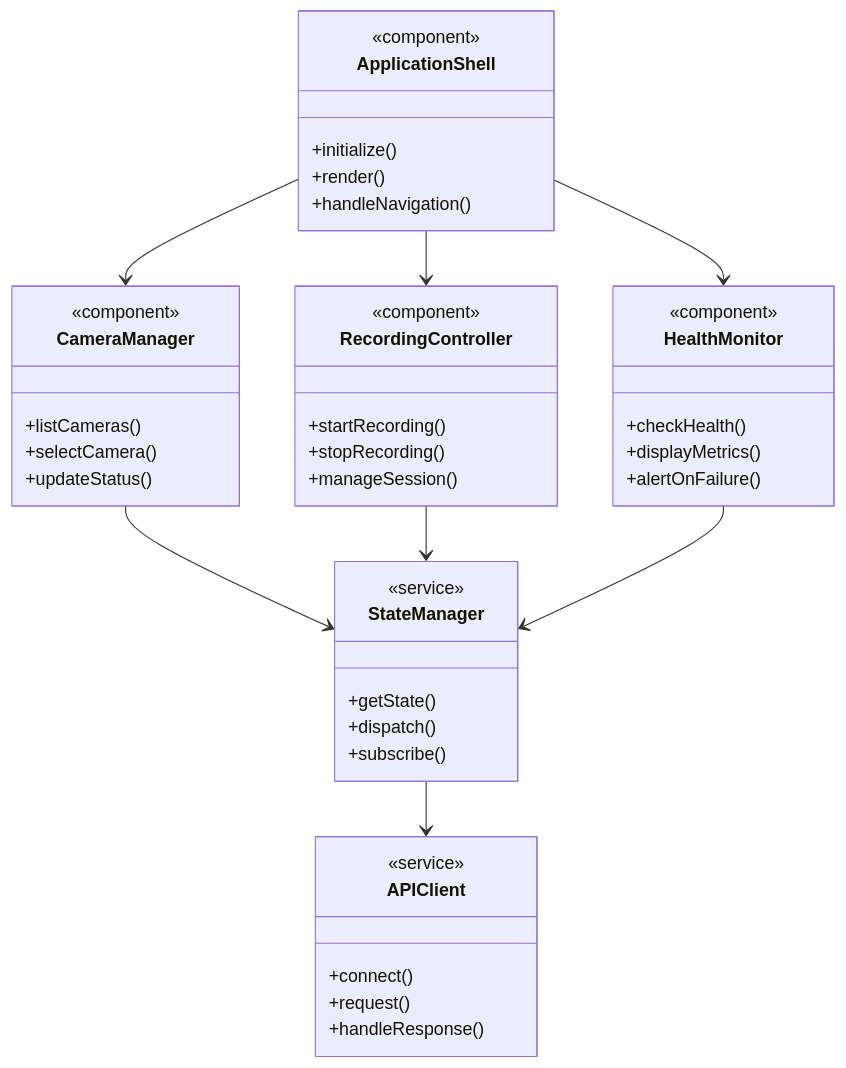
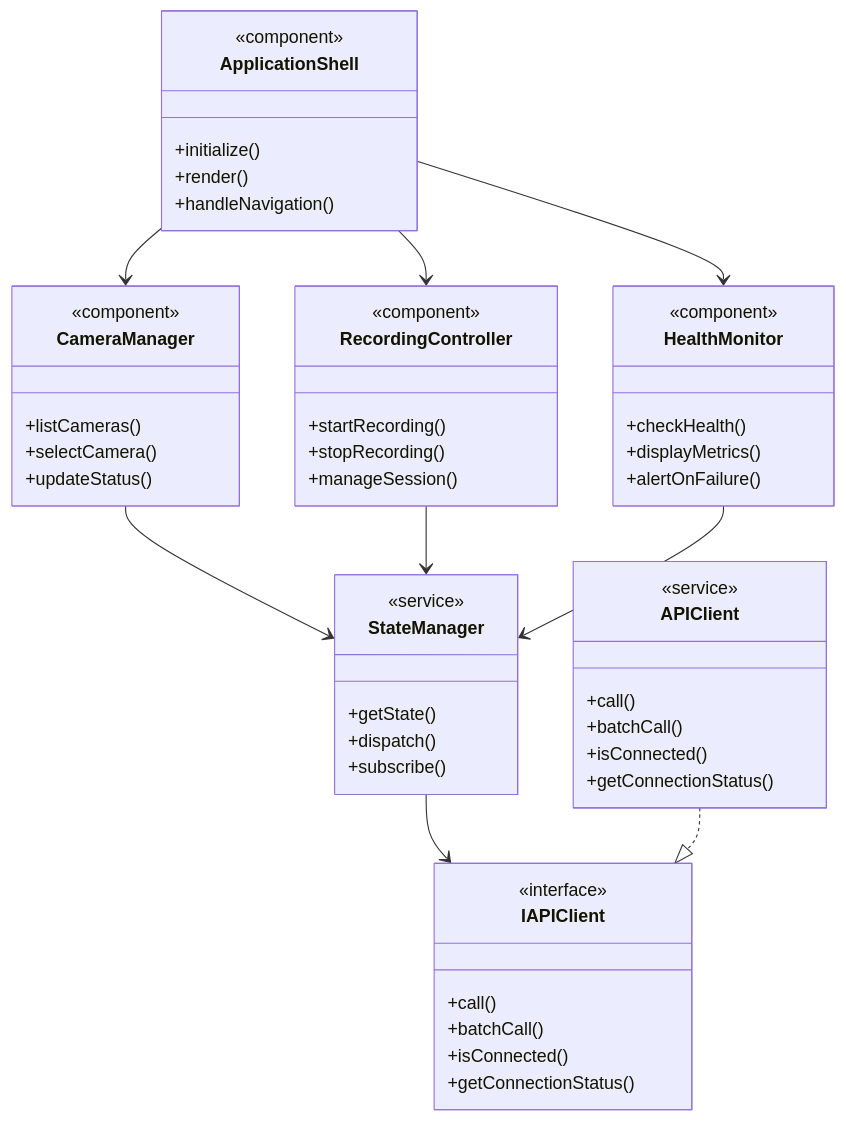
One commit to CarlosSprekelsen/CameraRecorder changed the third of 10 diagrams in MediaMTX-Camera-Service-Client/client/docs/architecture/client-architechture.md. Above: the diagram before and after it, drawn with Mermaid. The commit also changed other lines of this file and 14 other files, not shown here.

````diff
--- a/MediaMTX-Camera-Service-Client/client/docs/architecture/client-architechture.md
+++ b/MediaMTX-Camera-Service-Client/client/docs/architecture/client-architechture.md
@@ -201,52 +204,62 @@
 ```mermaid
 classDiagram
     class ApplicationShell {
         <<component>>
         +initialize()
         +render()
         +handleNavigation()
     }
     
     class CameraManager {
         <<component>>
         +listCameras()
         +selectCamera()
         +updateStatus()
     }
     
     class RecordingController {
         <<component>>
         +startRecording()
         +stopRecording()
         +manageSession()
     }
     
     class HealthMonitor {
         <<component>>
         +checkHealth()
         +displayMetrics()
         +alertOnFailure()
     }
     
     class StateManager {
         <<service>>
         +getState()
         +dispatch()
         +subscribe()
     }
     
+    class IAPIClient {
+        <<interface>>
+        +call()
+        +batchCall()
+        +isConnected()
+        +getConnectionStatus()
+    }
+    
     class APIClient {
         <<service>>
-        +connect()
-        +request()
-        +handleResponse()
+        +call()
+        +batchCall()
+        +isConnected()
+        +getConnectionStatus()
     }
     
     ApplicationShell --> CameraManager
     ApplicationShell --> RecordingController
     ApplicationShell --> HealthMonitor
     CameraManager --> StateManager
     RecordingController --> StateManager
     HealthMonitor --> StateManager
-    StateManager --> APIClient
+    StateManager --> IAPIClient
+    APIClient ..|> IAPIClient
 ```
````
